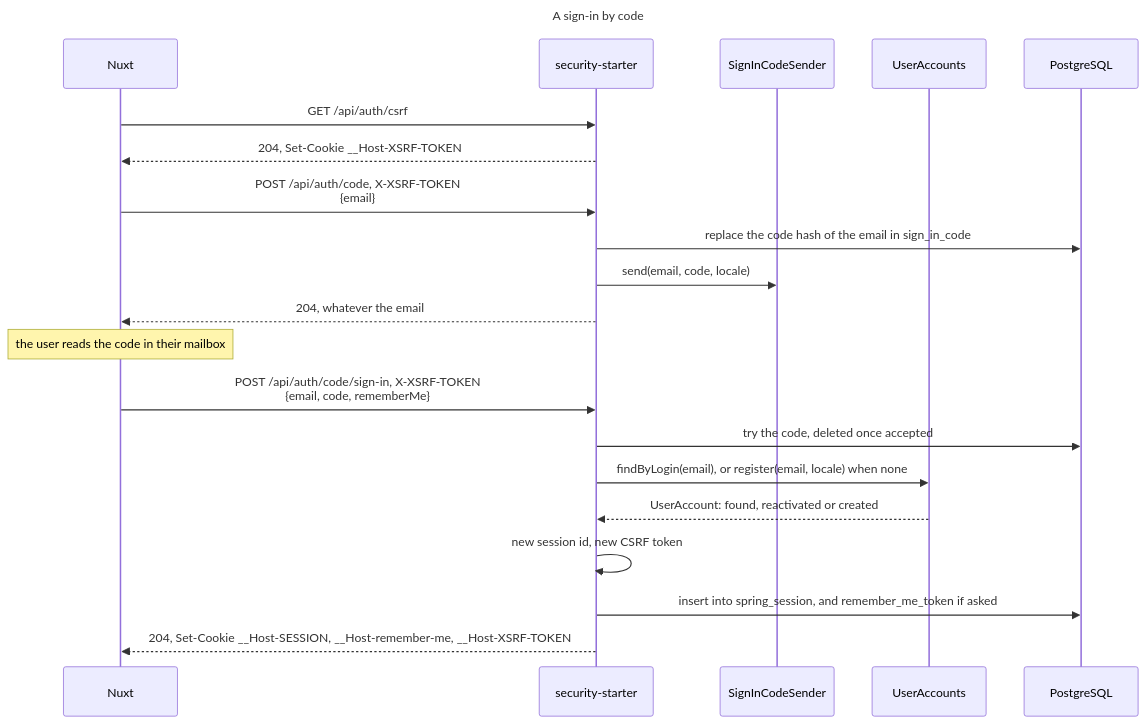
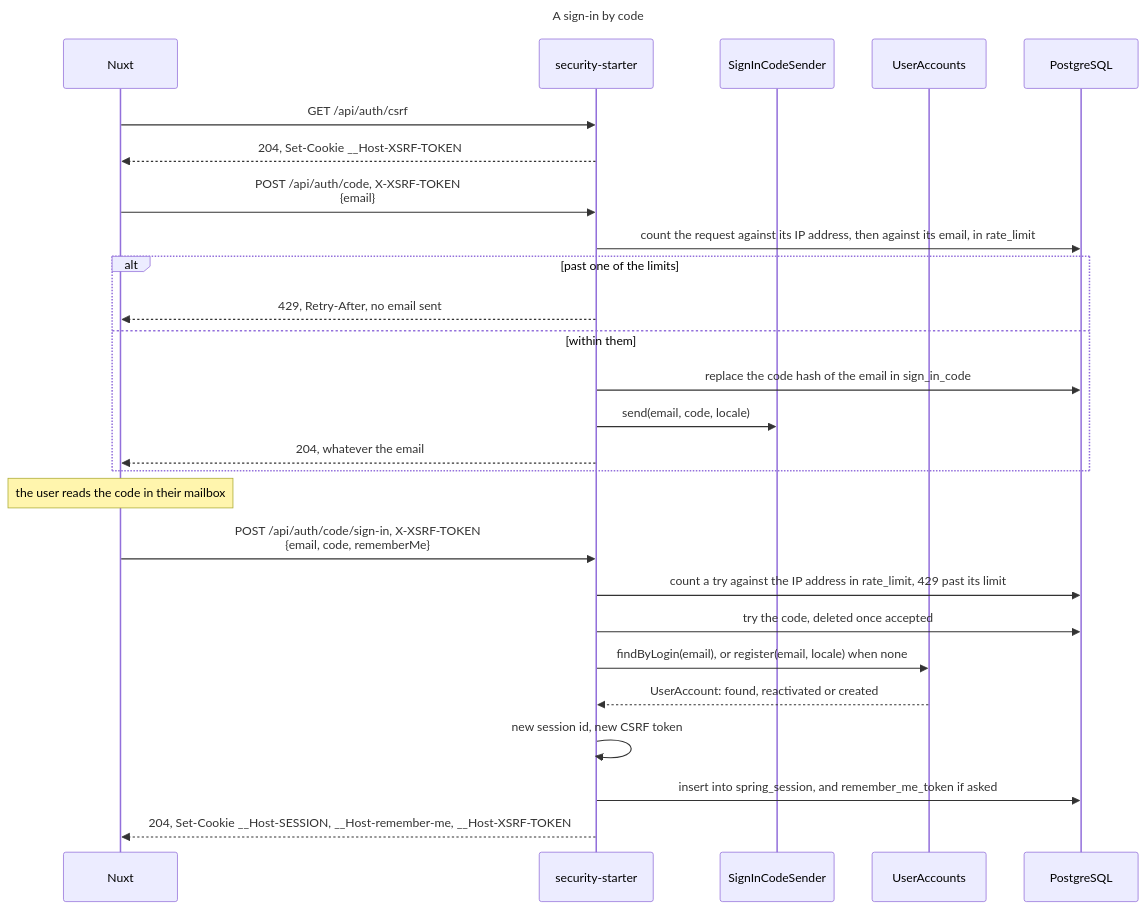
The fifth of 8 diagrams in docs/src/engineering/security/principles.md (mboisnard/drinkit), drawn with Mermaid before and after one commit. The commit also changed other lines of this file, not shown here.

Commit message:
[DOCUMENTATION] Explain the limits on the sign-in codes and what each one stops (#587)

````diff
--- a/docs/src/engineering/security/principles.md
+++ b/docs/src/engineering/security/principles.md
@@ -169,25 +167,31 @@
 ```mermaid
 ---
 title: A sign-in by code
 ---
 sequenceDiagram
   participant Nuxt
   participant Starter as security-starter
   participant Sender as SignInCodeSender
   participant Accounts as UserAccounts
   participant DB as PostgreSQL
   Nuxt->>Starter: GET /api/auth/csrf
   Starter-->>Nuxt: 204, Set-Cookie __Host-XSRF-TOKEN
   Nuxt->>Starter: POST /api/auth/code, X-XSRF-TOKEN<br/>{email}
-  Starter->>DB: replace the code hash of the email in sign_in_code
-  Starter->>Sender: send(email, code, locale)
-  Starter-->>Nuxt: 204, whatever the email
+  Starter->>DB: count the request against its IP address, then against its email, in rate_limit
+  alt past one of the limits
+    Starter-->>Nuxt: 429, Retry-After, no email sent
+  else within them
+    Starter->>DB: replace the code hash of the email in sign_in_code
+    Starter->>Sender: send(email, code, locale)
+    Starter-->>Nuxt: 204, whatever the email
+  end
   Note over Nuxt: the user reads the code in their mailbox
   Nuxt->>Starter: POST /api/auth/code/sign-in, X-XSRF-TOKEN<br/>{email, code, rememberMe}
+  Starter->>DB: count a try against the IP address in rate_limit, 429 past its limit
   Starter->>DB: try the code, deleted once accepted
   Starter->>Accounts: findByLogin(email), or register(email, locale) when none
   Accounts-->>Starter: UserAccount: found, reactivated or created
   Starter->>Starter: new session id, new CSRF token
   Starter->>DB: insert into spring_session, and remember_me_token if asked
   Starter-->>Nuxt: 204, Set-Cookie __Host-SESSION, __Host-remember-me, __Host-XSRF-TOKEN
 ```
````
